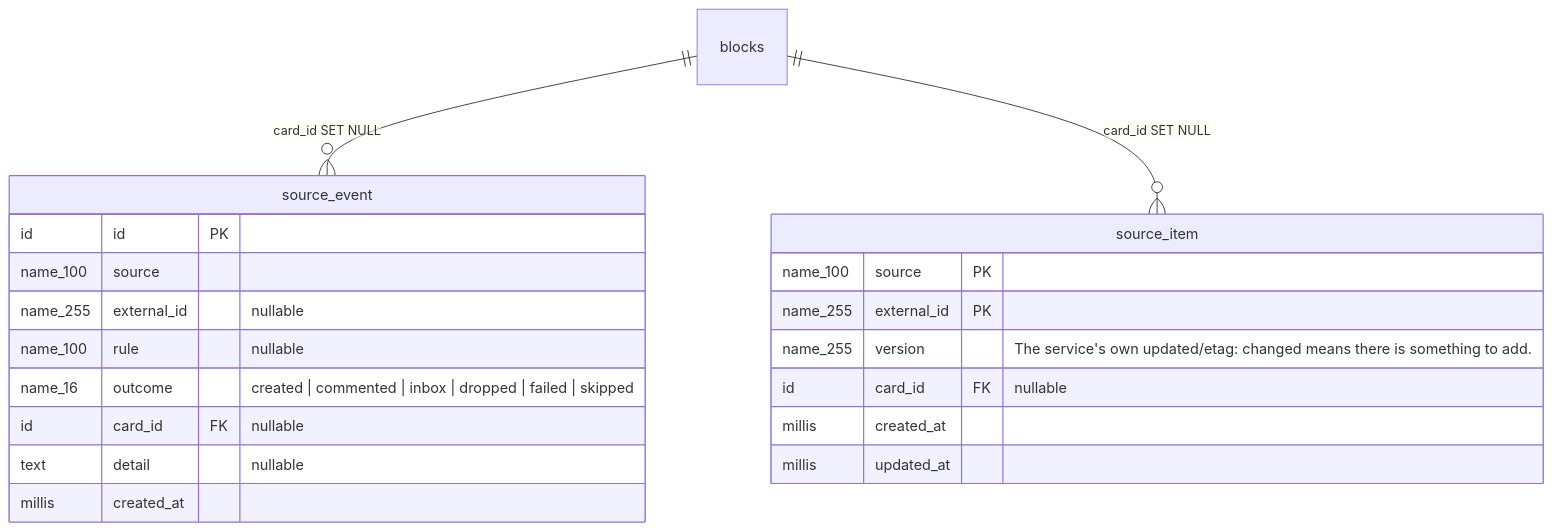
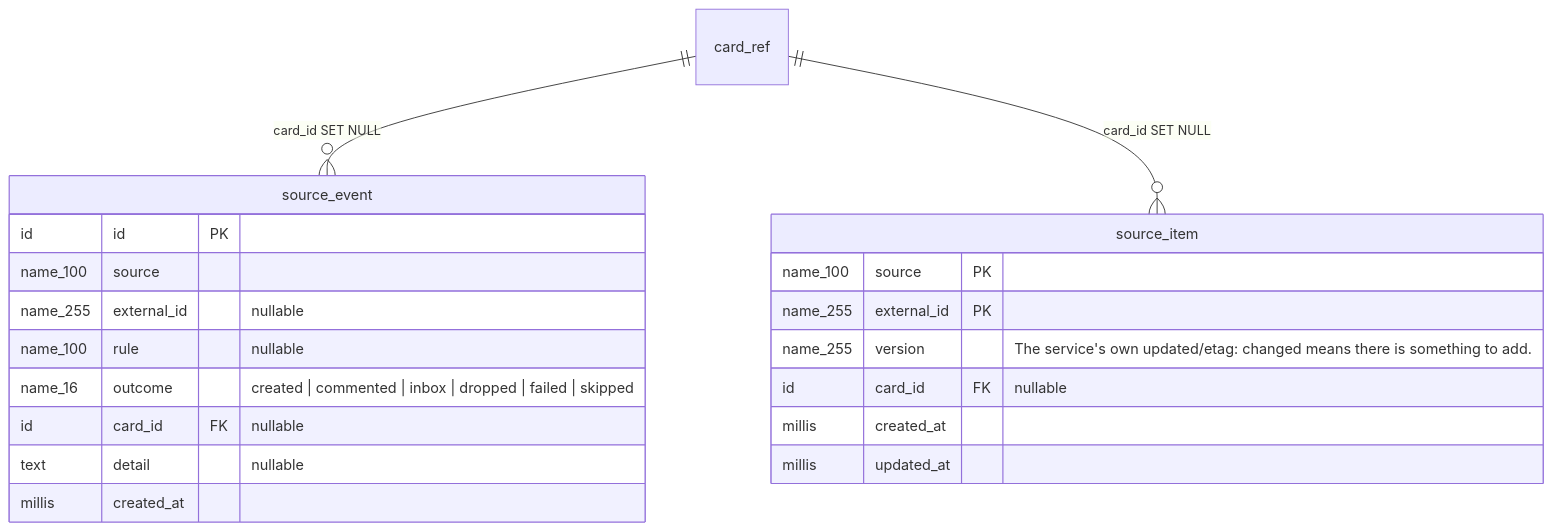
One commit to artipop/pourquoipas changed the eighth of 9 diagrams in docs/schema/erd.md. Above: the diagram before and after it, drawn with Mermaid. The commit also changed other lines of this file and 10 other files, not shown here.

````diff
--- a/docs/schema/erd.md
+++ b/docs/schema/erd.md
@@ -459,24 +489,24 @@
 ```mermaid
 erDiagram
-    blocks ||--o{ source_event : "card_id SET NULL"
-    blocks ||--o{ source_item : "card_id SET NULL"
+    card_ref ||--o{ source_event : "card_id SET NULL"
+    card_ref ||--o{ source_item : "card_id SET NULL"
 
     source_item {
         name_100 source PK
         name_255 external_id PK
         name_255 version "The service's own updated/etag: changed means there is something to add."
         id card_id FK "nullable"
         millis created_at
         millis updated_at
     }
     source_event {
         id id PK
         name_100 source
         name_255 external_id "nullable"
         name_100 rule "nullable"
         name_16 outcome "created | commented | inbox | dropped | failed | skipped"
         id card_id FK "nullable"
         text detail "nullable"
         millis created_at
     }
 ```
````
